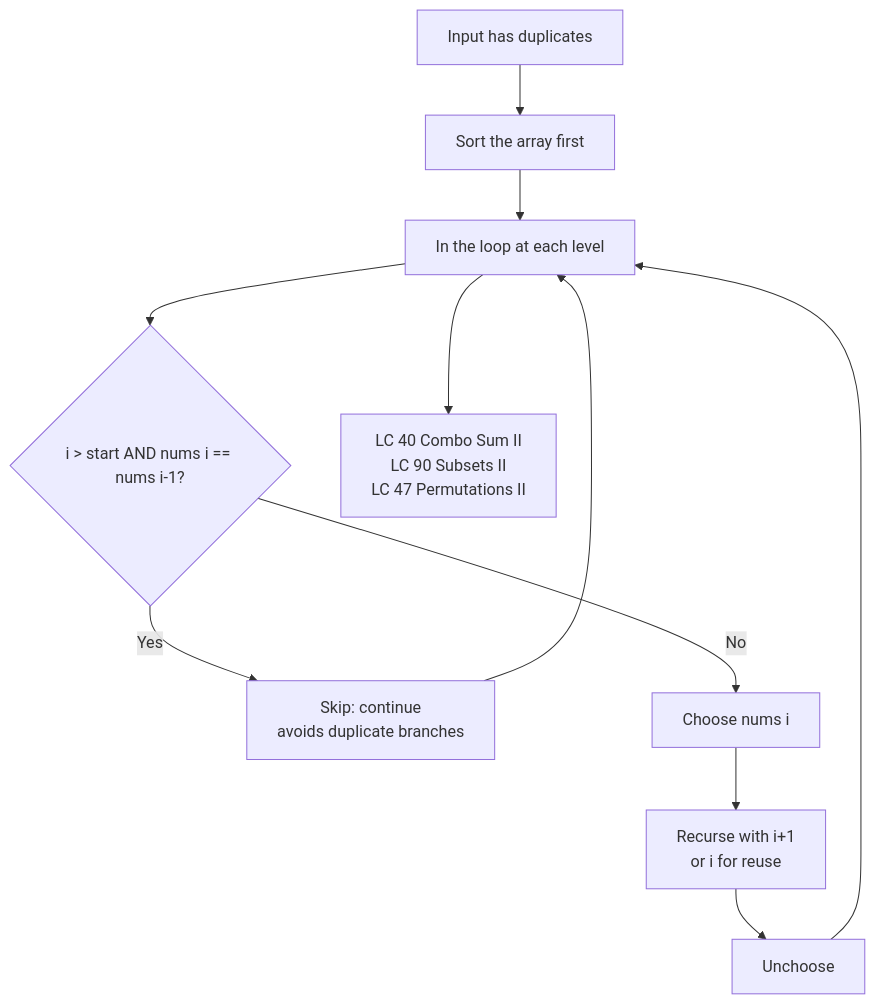
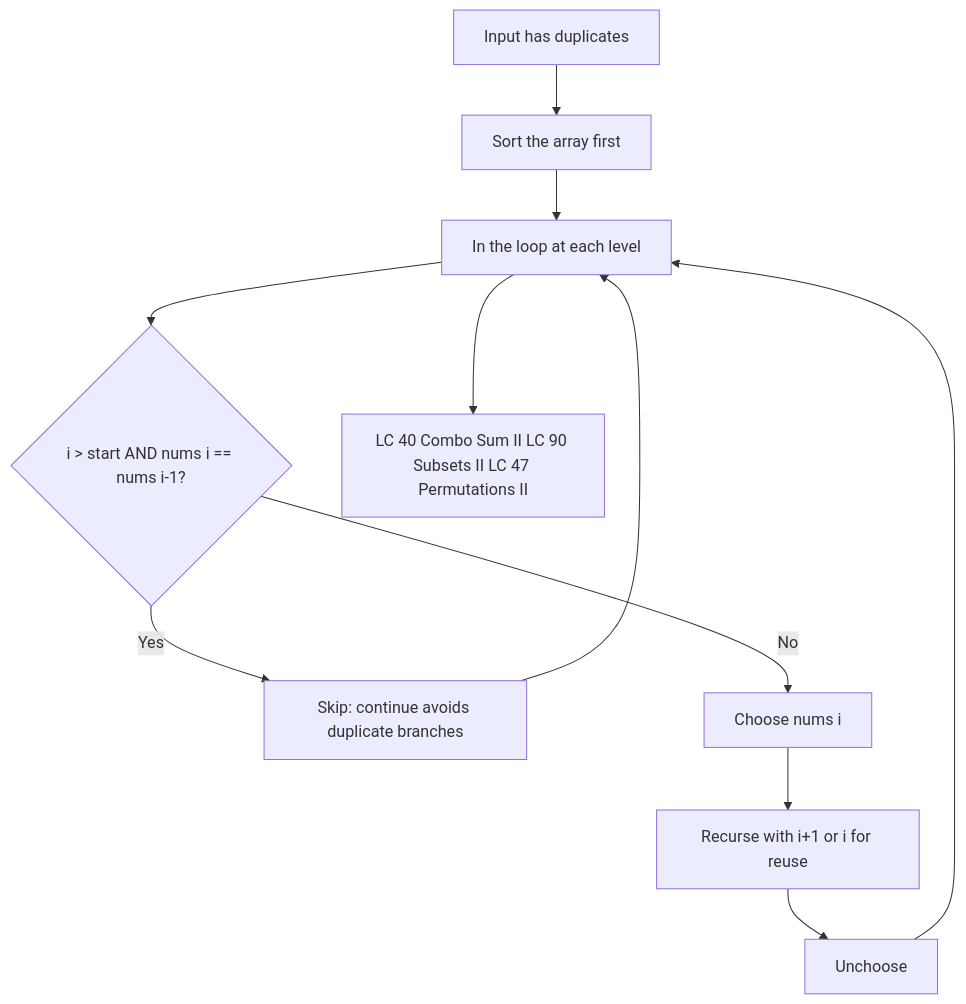
One commit to deepanshu-rawat6/AlgoAtlas changed the fourth of 7 diagrams in backtracking/README.md. Above: the diagram before and after it, drawn with Mermaid. The commit also changed other lines of this file and 13 other files, not shown here.

````diff
--- a/backtracking/README.md
+++ b/backtracking/README.md
@@ -98,13 +98,13 @@
 ```mermaid
 flowchart TD
     A[Input has duplicates] --> B[Sort the array first]
     B --> C[In the loop at each level]
     C --> D{"i > start AND nums i == nums i-1?"}
-    D -- Yes --> E[Skip: continue<br>avoids duplicate branches]
+    D -- Yes --> E[Skip: continue avoids duplicate branches]
     D -- No --> F[Choose nums i]
-    F --> G[Recurse with i+1<br>or i for reuse]
+    F --> G[Recurse with i+1 or i for reuse]
     G --> H[Unchoose]
     H --> C
     E --> C
-    C --> I[LC 40 Combo Sum II<br>LC 90 Subsets II<br>LC 47 Permutations II]
+    C --> I[LC 40 Combo Sum II LC 90 Subsets II LC 47 Permutations II]
 ```
````
